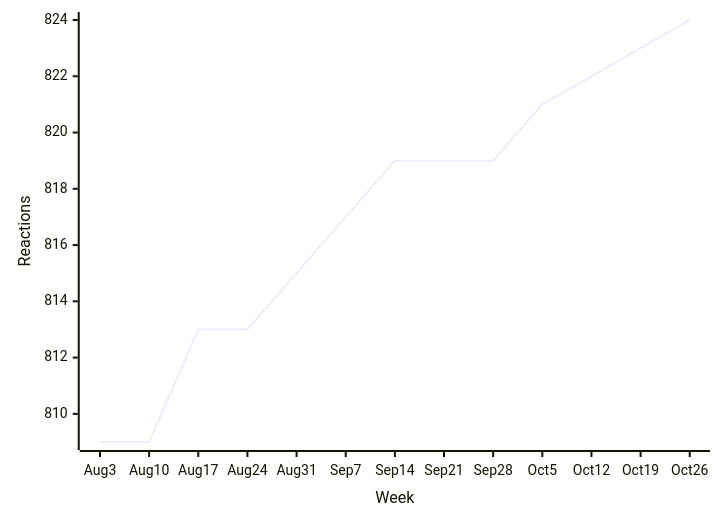
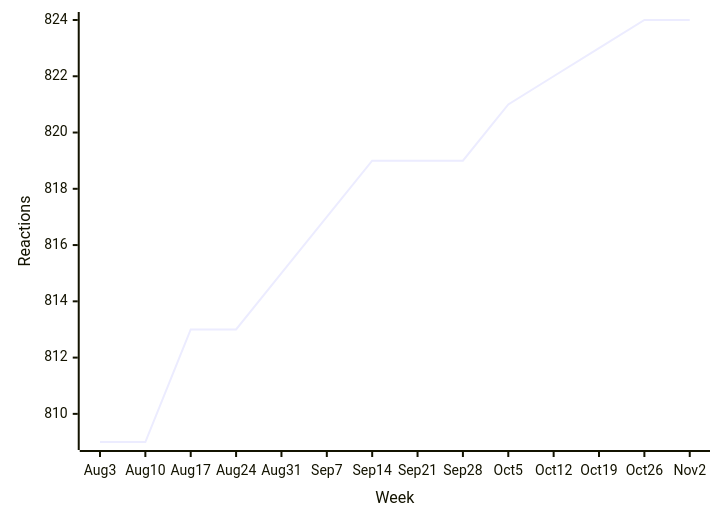
One commit to loic-sharma/github-insights changed the ninth of 38 diagrams in README.md. Above: the diagram before and after it, drawn with Mermaid. The commit also changed other lines of this file and 3 other files, not shown here.

````diff
--- a/README.md
+++ b/README.md
@@ -460,6 +460,6 @@
   ```mermaid
   xychart-beta
-    x-axis "Week" [Aug 3, Aug 10, Aug 17, Aug 24, Aug 31, Sep 7, Sep 14, Sep 21, Sep 28, Oct 5, Oct 12, Oct 19, Oct 26]
+    x-axis "Week" [Aug 3, Aug 10, Aug 17, Aug 24, Aug 31, Sep 7, Sep 14, Sep 21, Sep 28, Oct 5, Oct 12, Oct 19, Oct 26, Nov 2]
     y-axis "Reactions"
-    line [809, 809, 813, 813, 815, 817, 819, 819, 819, 821, 822, 823, 824]
+    line [809, 809, 813, 813, 815, 817, 819, 819, 819, 821, 822, 823, 824, 824]
   ```
````
